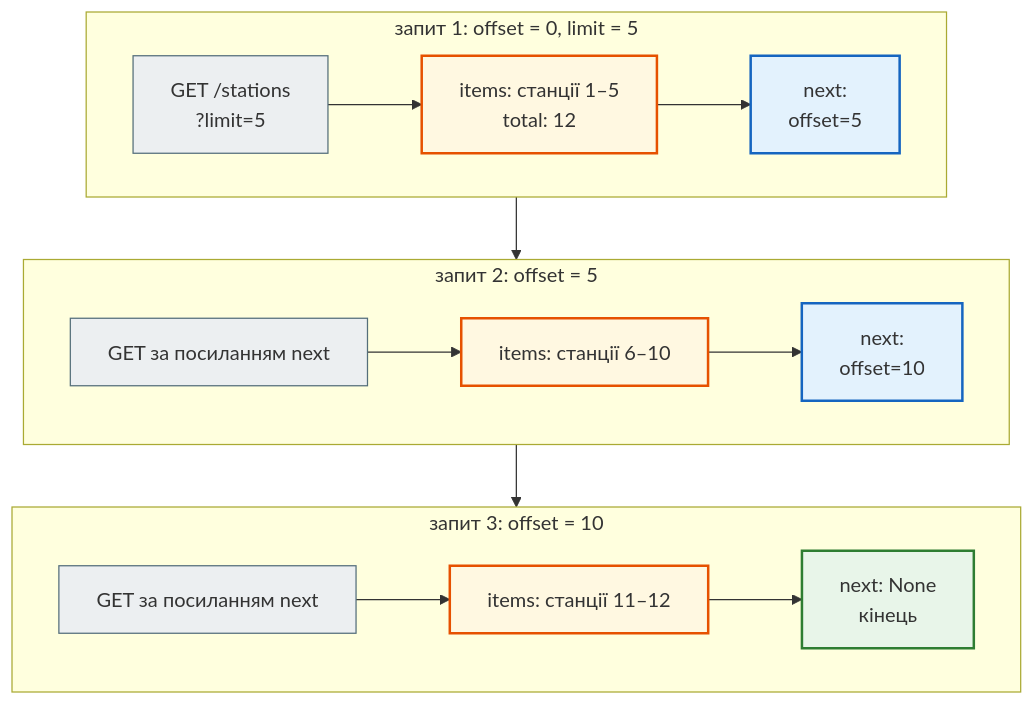
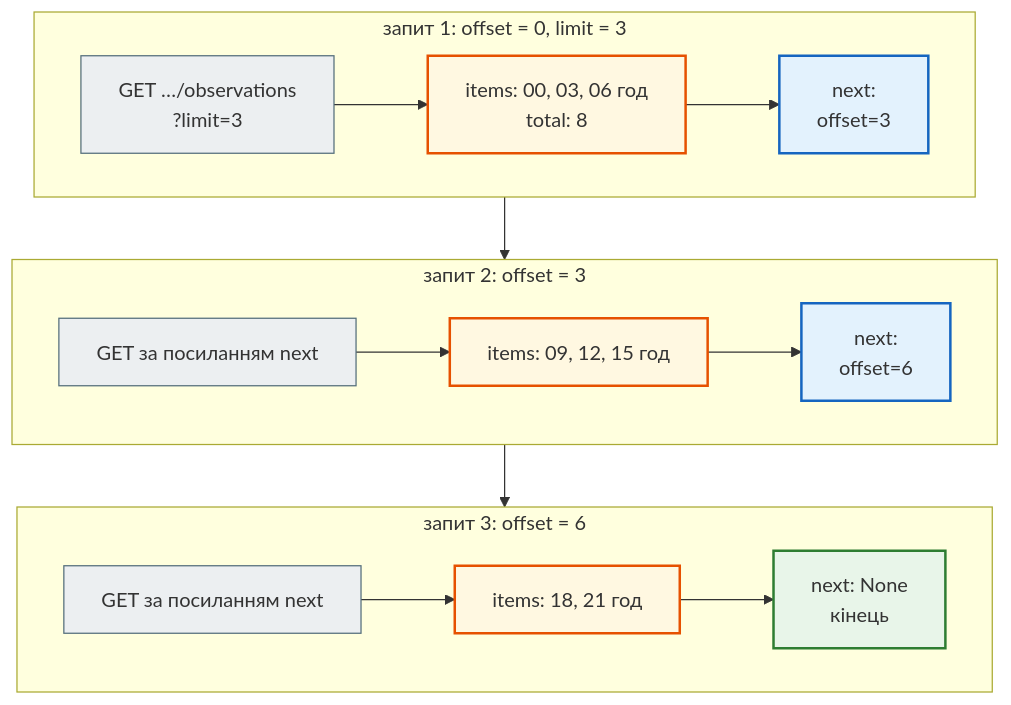
The fifth of 7 diagrams in docs/modules/m4/lesson_32.md (AlinaRadchenko/PY-Course-Victor-Nikoriak-22-09-2026), drawn with Mermaid before and after one commit. The commit also changed other lines of this file, not shown here.

````diff
--- a/docs/modules/m4/lesson_32.md
+++ b/docs/modules/m4/lesson_32.md
@@ -584,27 +594,27 @@
 ```mermaid
 flowchart TD
     classDef step     fill:#eceff1,stroke:#546e7a,stroke-width:1px;
     classDef decision fill:#e3f2fd,stroke:#1565c0,stroke-width:2px;
     classDef success  fill:#e8f5e9,stroke:#2e7d32,stroke-width:2px;
     classDef error    fill:#ffebee,stroke:#c62828,stroke-width:3px;
     classDef warning  fill:#fff8e1,stroke:#e65100,stroke-width:2px;
 
-    subgraph P1["запит 1: offset = 0, limit = 5"]
+    subgraph P1["запит 1: offset = 0, limit = 3"]
         direction LR
-        A1["GET /stations<br>?limit=5"] --> B1["items: станції 1–5<br>total: 12"] --> C1["next:<br>offset=5"]
+        A1["GET …/observations<br>?limit=3"] --> B1["items: 00, 03, 06 год<br>total: 8"] --> C1["next:<br>offset=3"]
     end
-    subgraph P2["запит 2: offset = 5"]
+    subgraph P2["запит 2: offset = 3"]
         direction LR
-        A2["GET за посиланням next"] --> B2["items: станції 6–10"] --> C2["next:<br>offset=10"]
+        A2["GET за посиланням next"] --> B2["items: 09, 12, 15 год"] --> C2["next:<br>offset=6"]
     end
-    subgraph P3["запит 3: offset = 10"]
+    subgraph P3["запит 3: offset = 6"]
         direction LR
-        A3["GET за посиланням next"] --> B3["items: станції 11–12"] --> C3["next: None<br>кінець"]
+        A3["GET за посиланням next"] --> B3["items: 18, 21 год"] --> C3["next: None<br>кінець"]
     end
     P1 --> P2 --> P3
 
     class A1,A2,A3 step
     class B1,B2,B3 warning
     class C1,C2 decision
     class C3 success
 ```
````
